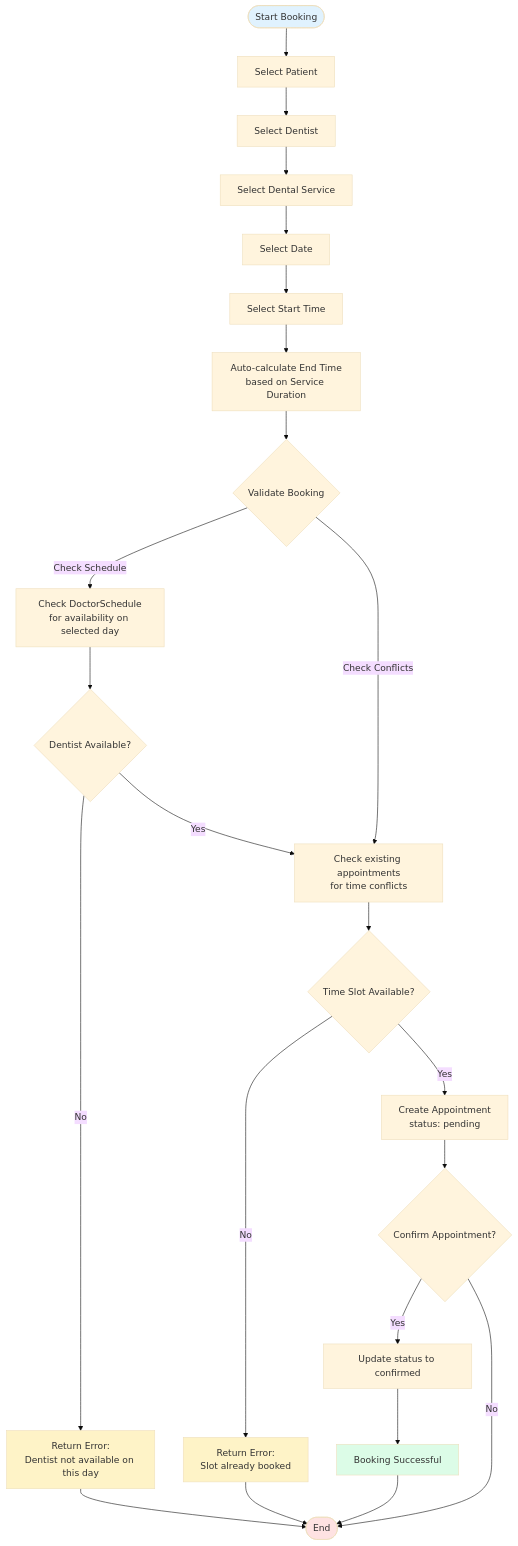
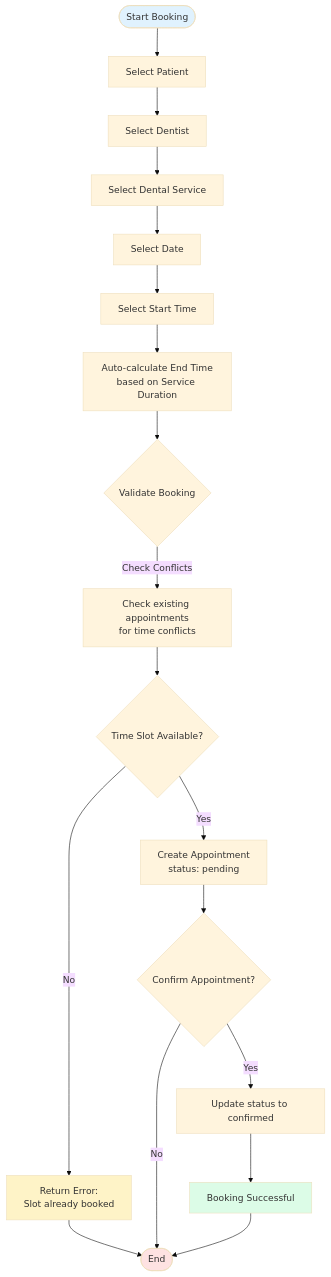
The first of 7 diagrams in .windsurf/plans/system-flow-chart.md (TjayAmit/clinic-management), drawn with Mermaid (base theme) before and after one commit. The commit also changed other lines of this file and 31 other files, not shown here.

First line of the commit message:
refactor(scheduling): remove doctor schedule feature

````diff
--- a/.windsurf/plans/system-flow-chart.md
+++ b/.windsurf/plans/system-flow-chart.md
@@ -14,35 +14,28 @@
 ```mermaid
 flowchart TD
     Start([Start Booking]) --> SelectPatient[Select Patient]
     SelectPatient --> SelectDentist[Select Dentist]
     SelectDentist --> SelectService[Select Dental Service]
     SelectService --> SelectDate[Select Date]
     SelectDate --> SelectTime[Select Start Time]
     SelectTime --> AutoCalc[Auto-calculate End Time<br/>based on Service Duration]
     AutoCalc --> Validate{Validate Booking}
     
-    Validate -->|Check Schedule| CheckSchedule[Check DoctorSchedule<br/>for availability on selected day]
     Validate -->|Check Conflicts| CheckConflicts[Check existing appointments<br/>for time conflicts]
-    
-    CheckSchedule --> ScheduleOK{Dentist Available?}
-    ScheduleOK -->|No| ScheduleError[Return Error:<br/>Dentist not available on this day]
-    ScheduleOK -->|Yes| CheckConflicts
     
     CheckConflicts --> ConflictOK{Time Slot Available?}
     ConflictOK -->|No| ConflictError[Return Error:<br/>Slot already booked]
     ConflictOK -->|Yes| CreateAppointment[Create Appointment<br/>status: pending]
     
-    ScheduleError --> End([End])
-    ConflictError --> End
+    ConflictError --> End([End])
     CreateAppointment --> Confirm{Confirm Appointment?}
     Confirm -->|Yes| UpdateStatus[Update status to confirmed]
     Confirm -->|No| End
     UpdateStatus --> Success[Booking Successful]
     Success --> End
     
     style Start fill:#e0f2fe
     style End fill:#fee2e2
     style Success fill:#dcfce7
-    style ScheduleError fill:#fef3c7
     style ConflictError fill:#fef3c7
 ```
````
